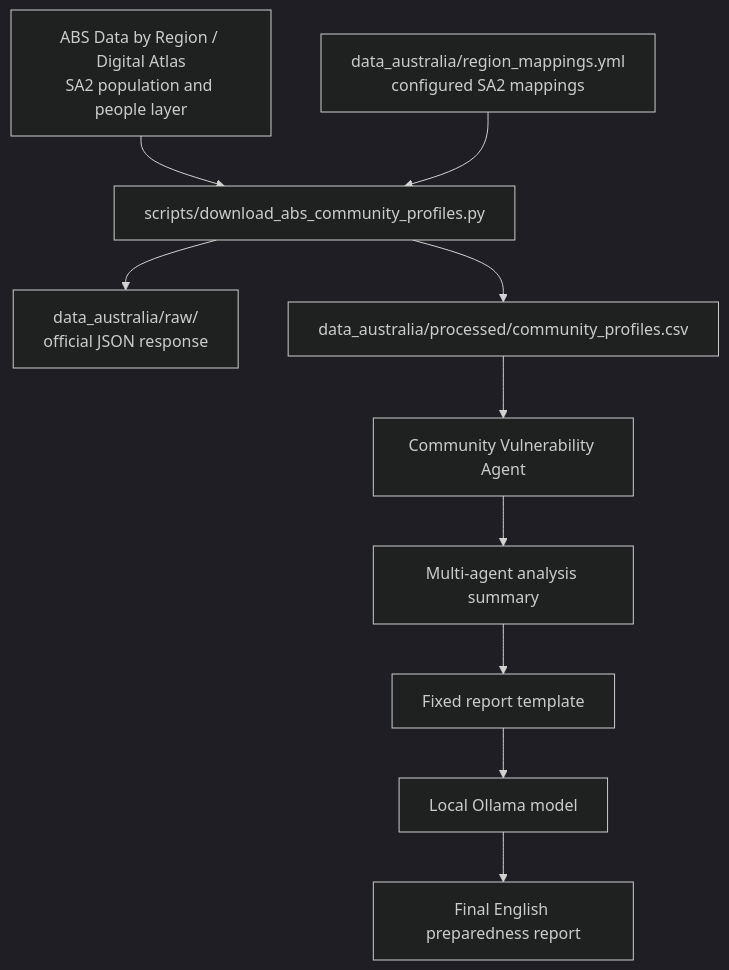
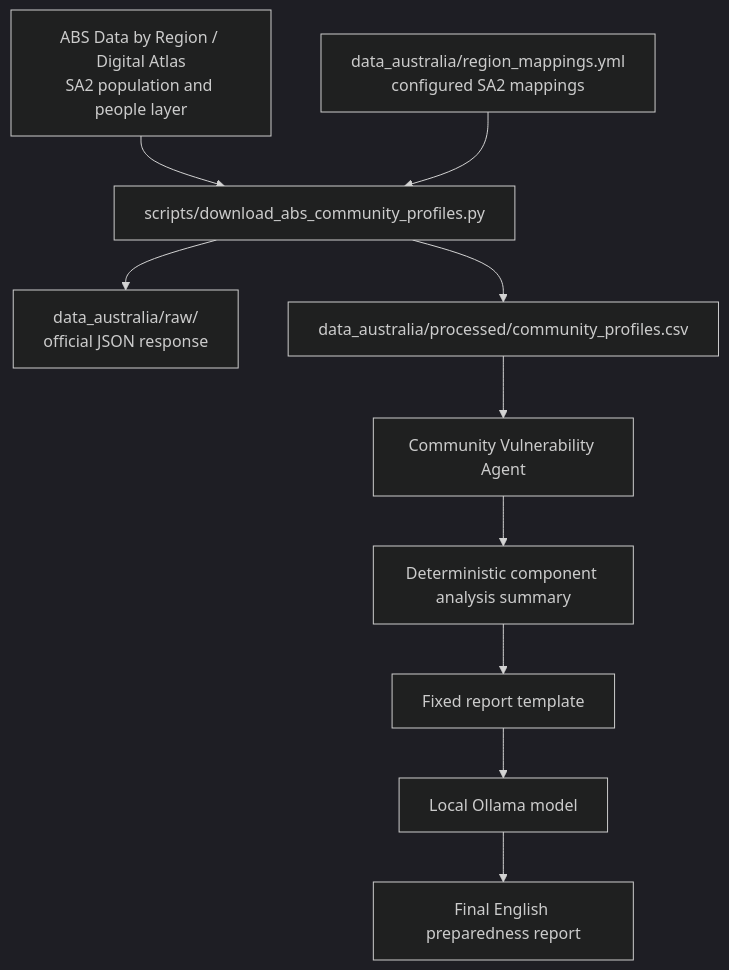
One commit to shuxiachai/BushfireReadyGPT changed the second of 2 diagrams in docs/architecture.md. Above: the diagram before and after it, drawn with Mermaid (dark theme). The commit also changed other lines of this file and 23 other files, not shown here.

````diff
--- a/docs/architecture.md
+++ b/docs/architecture.md
@@ -59,23 +59,23 @@
 ```mermaid
 flowchart TD
     ABS[ABS Data by Region / Digital Atlas<br/>SA2 population and people layer]
     Mapping[data_australia/region_mappings.yml<br/>configured SA2 mappings]
     Downloader[scripts/download_abs_community_profiles.py]
     Raw[data_australia/raw/<br/>official JSON response]
     Processed[data_australia/processed/community_profiles.csv]
     CommunityAgent[Community Vulnerability Agent]
-    Analysis[Multi-agent analysis summary]
+    Analysis[Deterministic component analysis summary]
     Template[Fixed report template]
     LLM[Local Ollama model]
     FinalReport[Final English preparedness report]
 
     ABS --> Downloader
     Mapping --> Downloader
     Downloader --> Raw
     Downloader --> Processed
     Processed --> CommunityAgent
     CommunityAgent --> Analysis
     Analysis --> Template
     Template --> LLM
     LLM --> FinalReport
 ```
````
